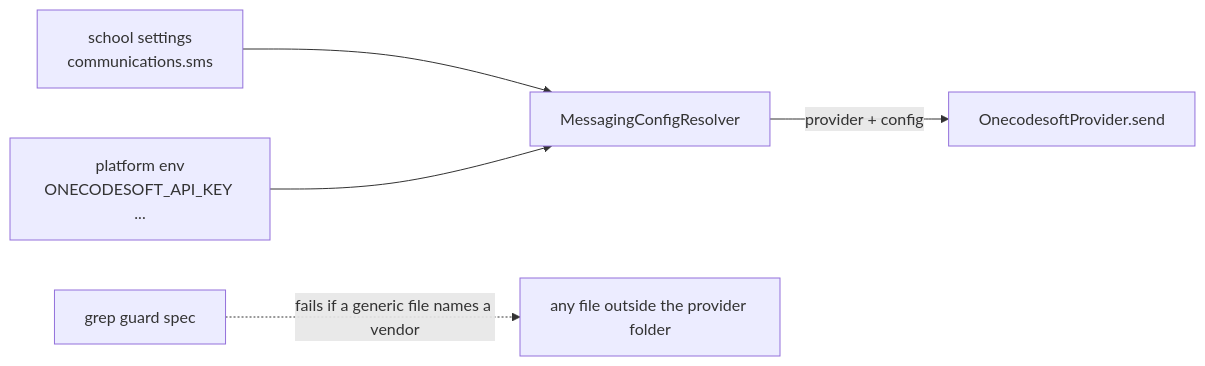
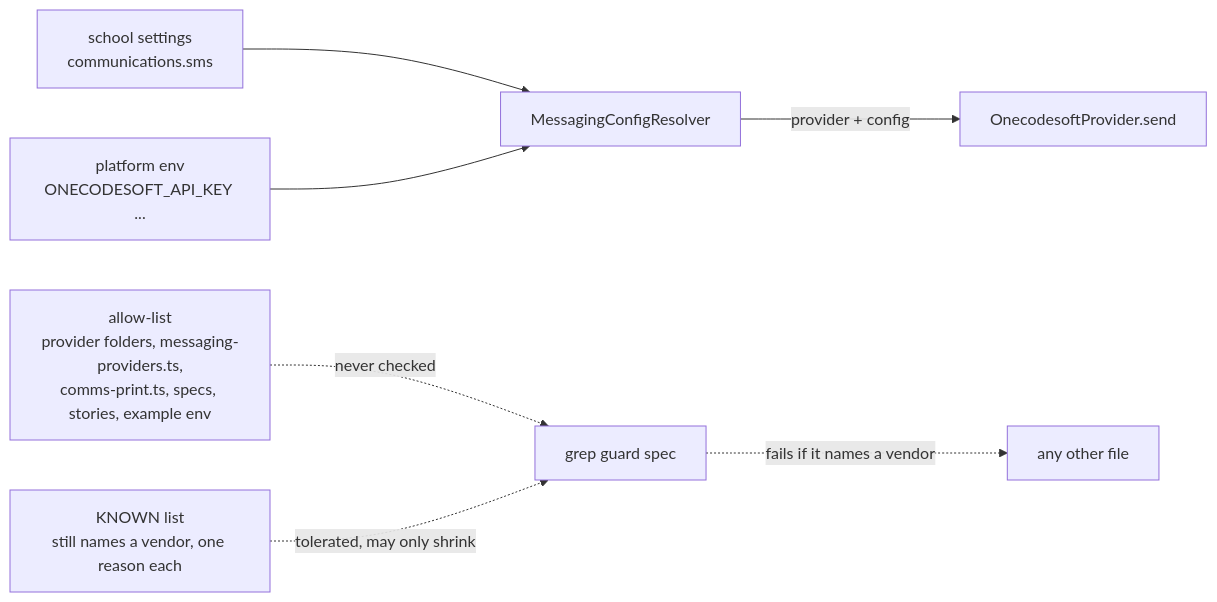
Diagram 12 of 12 in docs/architecture/05-communications.md (tareq89/biddaloy), drawn with Mermaid before and after one commit. The commit also changed 15 other files, not shown here.

````diff
--- a/docs/architecture/05-communications.md
+++ b/docs/architecture/05-communications.md
@@ -549,7 +549,9 @@
 ```mermaid
 flowchart LR
   T[school settings<br/>communications.sms] --> R[MessagingConfigResolver]
   E[platform env<br/>ONECODESOFT_API_KEY ...] --> R
   R -->|provider + config| P[OnecodesoftProvider.send]
-  G[grep guard spec] -.fails if a generic file names a vendor.-> X[any file outside the provider folder]
+  G[grep guard spec] -.fails if it names a vendor.-> X[any other file]
+  W[allow-list<br/>provider folders, messaging-providers.ts,<br/>comms-print.ts, specs, stories, example env] -.never checked.-> G
+  K[KNOWN list<br/>still names a vendor, one reason each] -.tolerated, may only shrink.-> G
 ```
````
